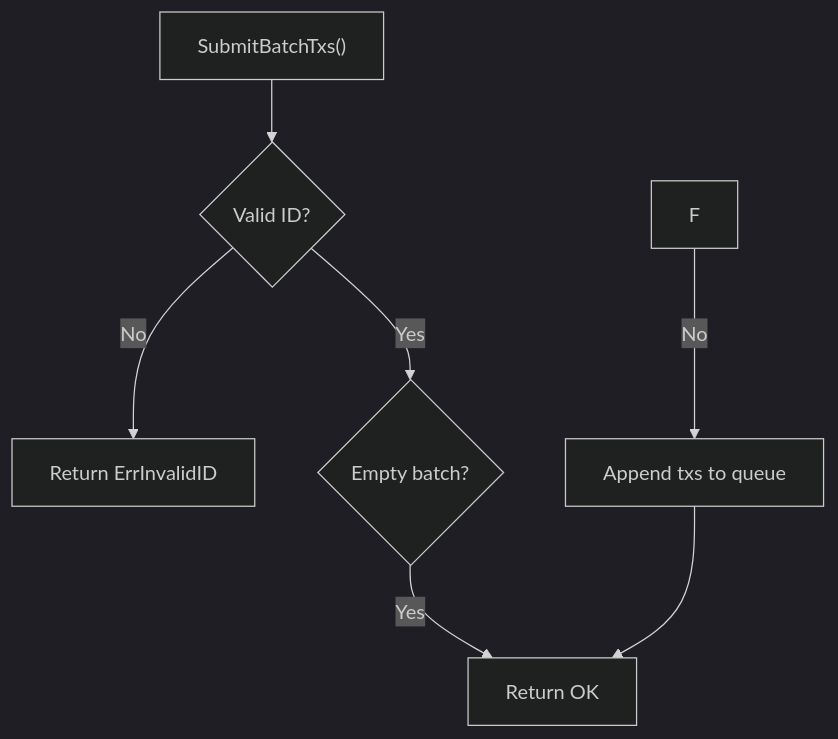
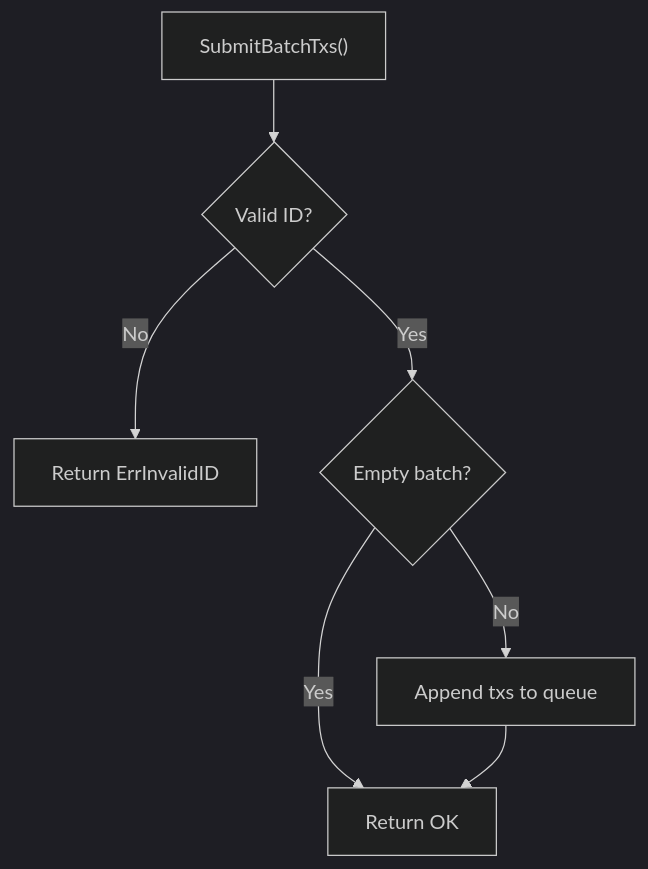
One commit to evstack/ev-node changed the second of 3 diagrams in pkg/sequencers/solo/README.md. Above: the diagram before and after it, drawn with Mermaid (dark theme). The commit also changed 2 other files, not shown here.

````diff
--- a/pkg/sequencers/solo/README.md
+++ b/pkg/sequencers/solo/README.md
@@ -29,9 +29,9 @@
 ```mermaid
 flowchart TD
     A["SubmitBatchTxs()"] --> B{"Valid ID?"}
     B -->|No| C["Return ErrInvalidID"]
     B -->|Yes| D{"Empty batch?"}
     D -->|Yes| E["Return OK"]
-    F -->|No| H["Append txs to queue"]
+    D -->|No| H["Append txs to queue"]
     H --> E
 ```
````
